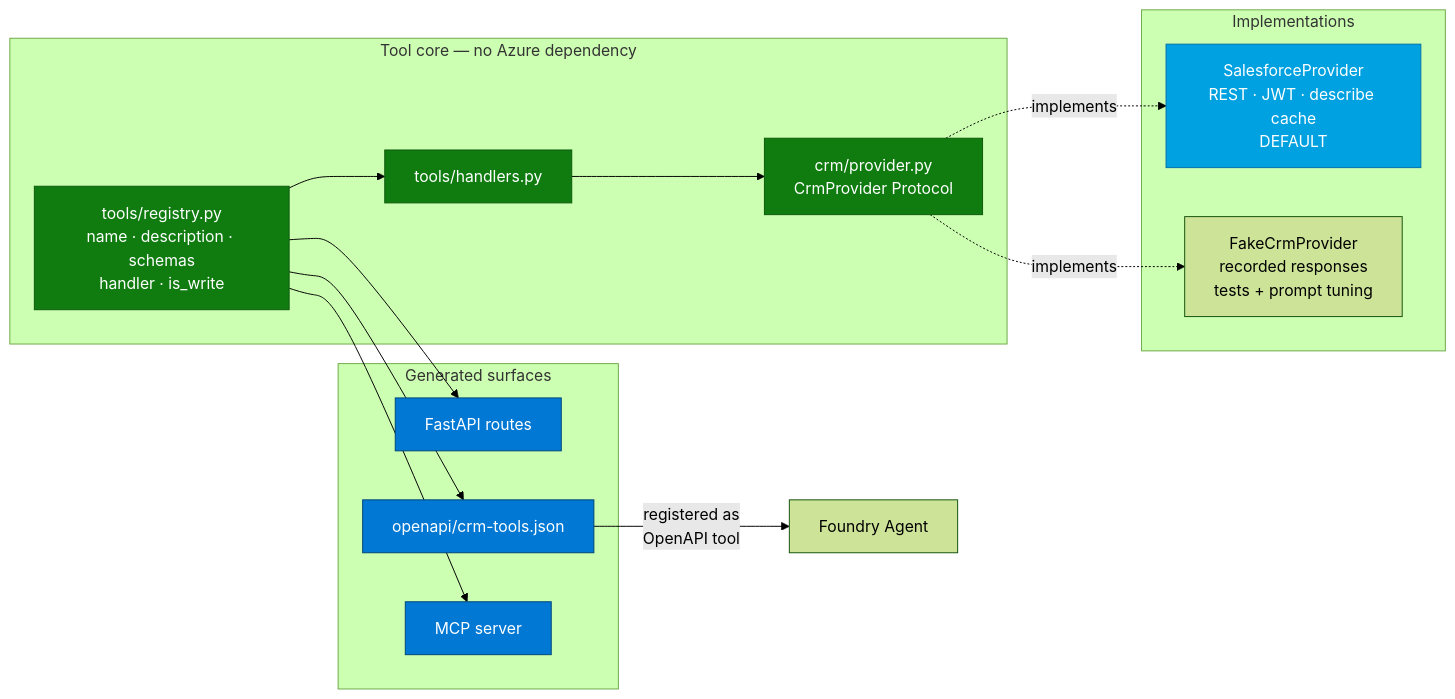
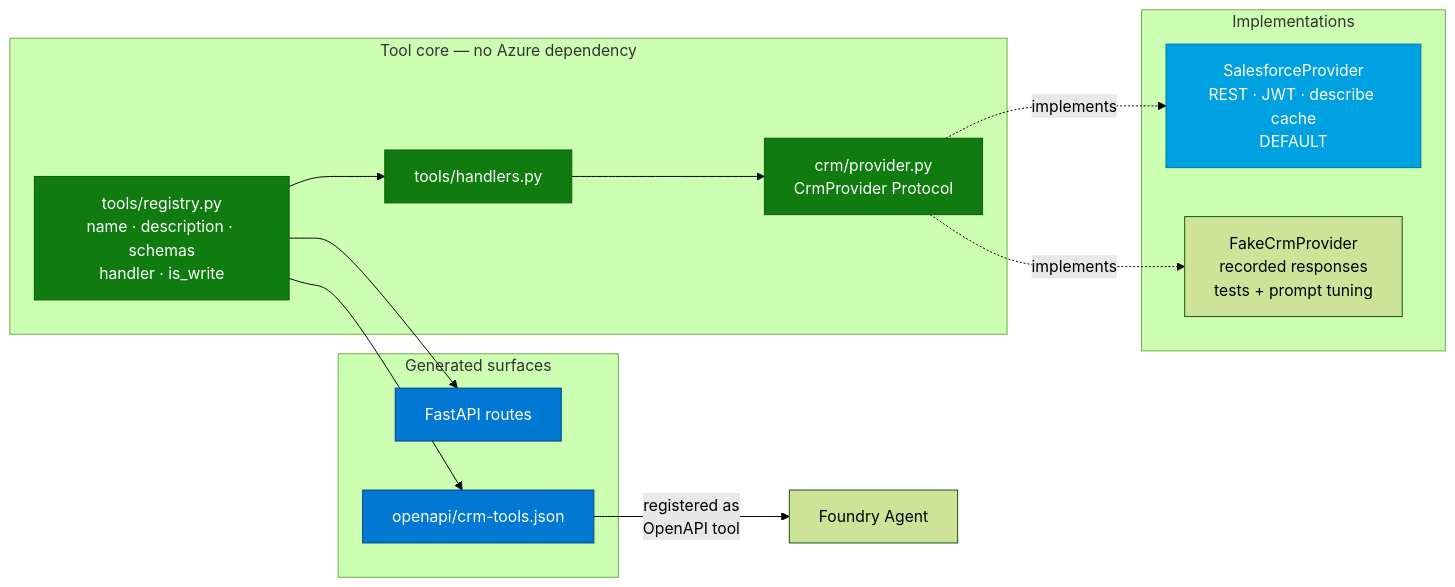
Before and after one commit to mikefelder/foundry-voice-agent-crm-poc: the fourth of 7 diagrams in README.md, drawn with Mermaid (forest theme). The commit also changed other lines of this file and 19 other files, not shown here.

````diff
--- a/README.md
+++ b/README.md
@@ -280,35 +307,33 @@
 ```mermaid
 graph LR
     subgraph Core["Tool core — no Azure dependency"]
         REG["tools/registry.py<br/>name · description · schemas<br/>handler · is_write"]
         HAND["tools/handlers.py"]
         PROV["crm/provider.py<br/>CrmProvider Protocol"]
     end
 
     subgraph Impl["Implementations"]
         SFDC["SalesforceProvider<br/>REST · JWT · describe cache<br/>DEFAULT"]
         FAKE["FakeCrmProvider<br/>recorded responses<br/>tests + prompt tuning"]
     end
 
     subgraph Surfaces["Generated surfaces"]
         REST["FastAPI routes"]
         SPEC["openapi/crm-tools.json"]
-        MCPS["MCP server"]
     end
 
     REG --> HAND
     HAND --> PROV
     PROV -.implements.-> SFDC
     PROV -.implements.-> FAKE
     REG --> REST
     REG --> SPEC
-    REG --> MCPS
     SPEC -->|"registered as<br/>OpenAPI tool"| AGENT["Foundry Agent"]
 
     classDef core fill:#107C10,stroke:#0B5A0B,color:#fff
     classDef gen fill:#0078D4,stroke:#004578,color:#fff
     classDef prim fill:#00A1E0,stroke:#0071A8,color:#fff
     class REG,HAND,PROV core
-    class REST,SPEC,MCPS gen
+    class REST,SPEC gen
     class SFDC prim
 ```
````
